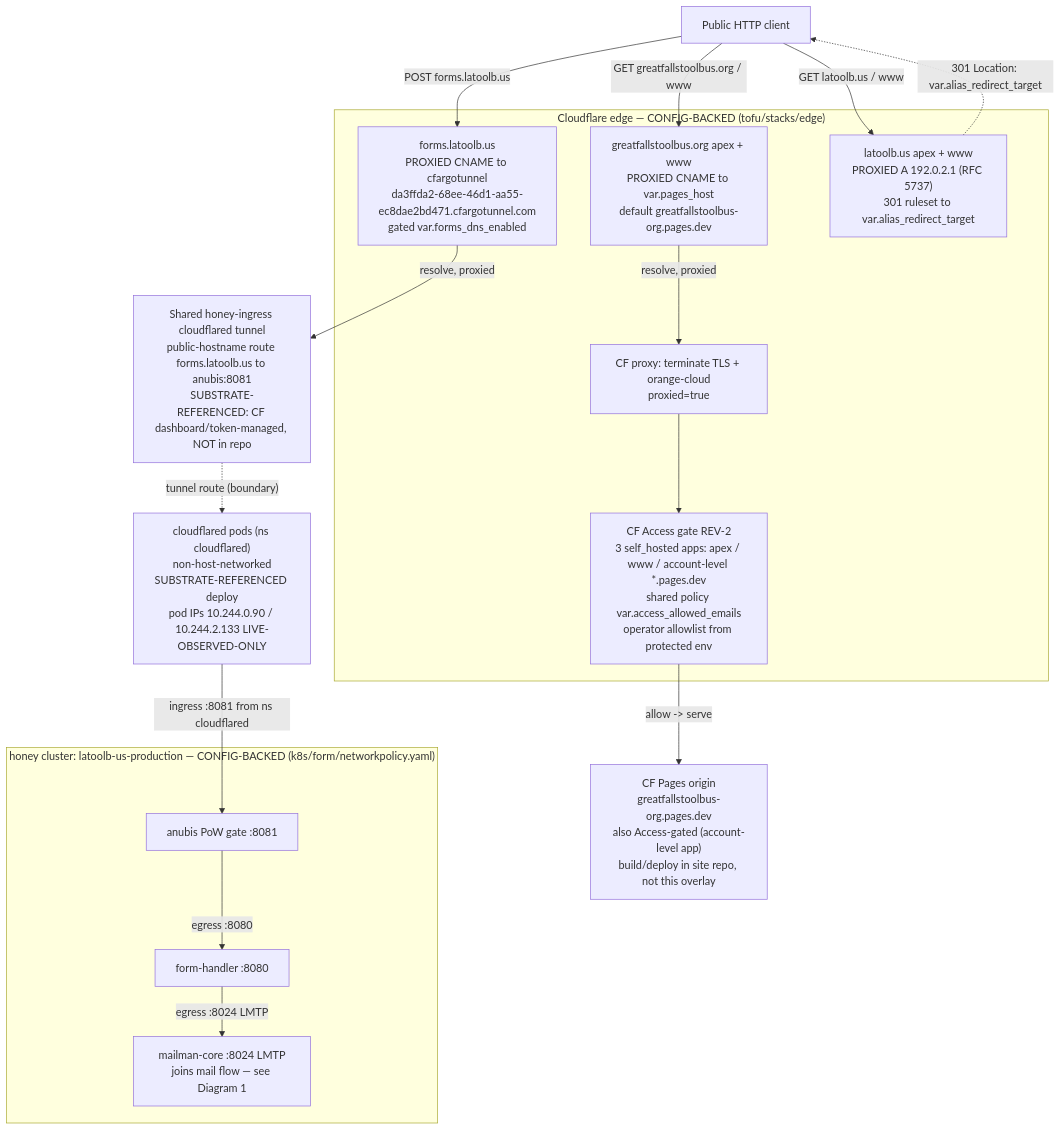
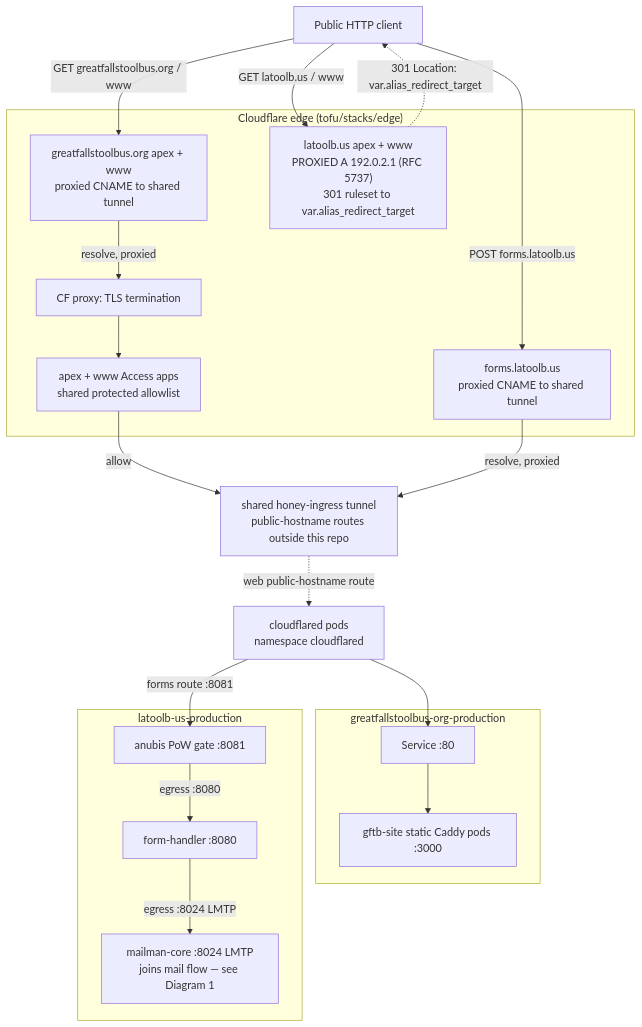
The fifth of 5 diagrams in docs/architecture/diagrams.md (Great-Falls-Tool-Bus/great-falls-tool-bus-infra), drawn with Mermaid before and after one commit. The commit also changed other lines of this file and 11 other files, not shown here.

````diff
--- a/docs/architecture/diagrams.md
+++ b/docs/architecture/diagrams.md
@@ -252,39 +225,42 @@
 ```mermaid
 flowchart TD
     client["Public HTTP client"]
 
-    subgraph cf["Cloudflare edge — CONFIG-BACKED (tofu/stacks/edge)"]
-        webdns["greatfallstoolbus.org apex + www<br/>PROXIED CNAME to var.pages_host<br/>default greatfallstoolbus-org.pages.dev"]
-        proxy["CF proxy: terminate TLS + orange-cloud<br/>proxied=true"]
-        access["CF Access gate REV-2<br/>3 self_hosted apps: apex / www / account-level *.pages.dev<br/>shared policy var.access_allowed_emails<br/>operator allowlist from protected env"]
-        formsdns["forms.latoolb.us<br/>PROXIED CNAME to cfargotunnel<br/>da3ffda2-68ee-46d1-aa55-ec8dae2bd471.cfargotunnel.com<br/>gated var.forms_dns_enabled"]
+    subgraph cf["Cloudflare edge (tofu/stacks/edge)"]
+        webdns["greatfallstoolbus.org apex + www<br/>proxied CNAME to shared tunnel"]
+        proxy["CF proxy: TLS termination"]
+        access["apex + www Access apps<br/>shared protected allowlist"]
+        formsdns["forms.latoolb.us<br/>proxied CNAME to shared tunnel"]
         aliasdns["latoolb.us apex + www<br/>PROXIED A 192.0.2.1 (RFC 5737)<br/>301 ruleset to var.alias_redirect_target"]
     end
 
-    pages["CF Pages origin<br/>greatfallstoolbus-org.pages.dev<br/>also Access-gated (account-level app)<br/>build/deploy in site repo, not this overlay"]
+    tunnel["shared honey-ingress tunnel<br/>public-hostname routes outside this repo"]
+    cfd["cloudflared pods<br/>namespace cloudflared"]
 
-    tunnel["Shared honey-ingress cloudflared tunnel<br/>public-hostname route forms.latoolb.us to anubis:8081<br/>SUBSTRATE-REFERENCED: CF dashboard/token-managed, NOT in repo"]
+    subgraph webcluster["greatfallstoolbus-org-production"]
+        websvc["Service :80"]
+        web["gftb-site static Caddy pods :3000"]
+    end
 
-    cfd["cloudflared pods (ns cloudflared)<br/>non-host-networked<br/>SUBSTRATE-REFERENCED deploy<br/>pod IPs 10.244.0.90 / 10.244.2.133 LIVE-OBSERVED-ONLY"]
-
-    subgraph cluster["honey cluster: latoolb-us-production — CONFIG-BACKED (k8s/form/networkpolicy.yaml)"]
+    subgraph formcluster["latoolb-us-production"]
         anubis["anubis PoW gate :8081"]
         fh["form-handler :8080"]
         mmc["mailman-core :8024 LMTP<br/>joins mail flow — see Diagram 1"]
     end
 
     client -->|"GET greatfallstoolbus.org / www"| webdns
     webdns -->|"resolve, proxied"| proxy
     proxy --> access
-    access -->|"allow -> serve"| pages
+    access -->|"allow"| tunnel
+    tunnel -.->|"web public-hostname route"| cfd
+    cfd --> websvc --> web
 
     client -->|"POST forms.latoolb.us"| formsdns
     formsdns -->|"resolve, proxied"| tunnel
-    tunnel -.->|"tunnel route (boundary)"| cfd
-    cfd -->|"ingress :8081 from ns cloudflared"| anubis
+    cfd -->|"forms route :8081"| anubis
     anubis -->|"egress :8080"| fh
     fh -->|"egress :8024 LMTP"| mmc
 
     client -->|"GET latoolb.us / www"| aliasdns
     aliasdns -.->|"301 Location: var.alias_redirect_target"| client
 ```
````
